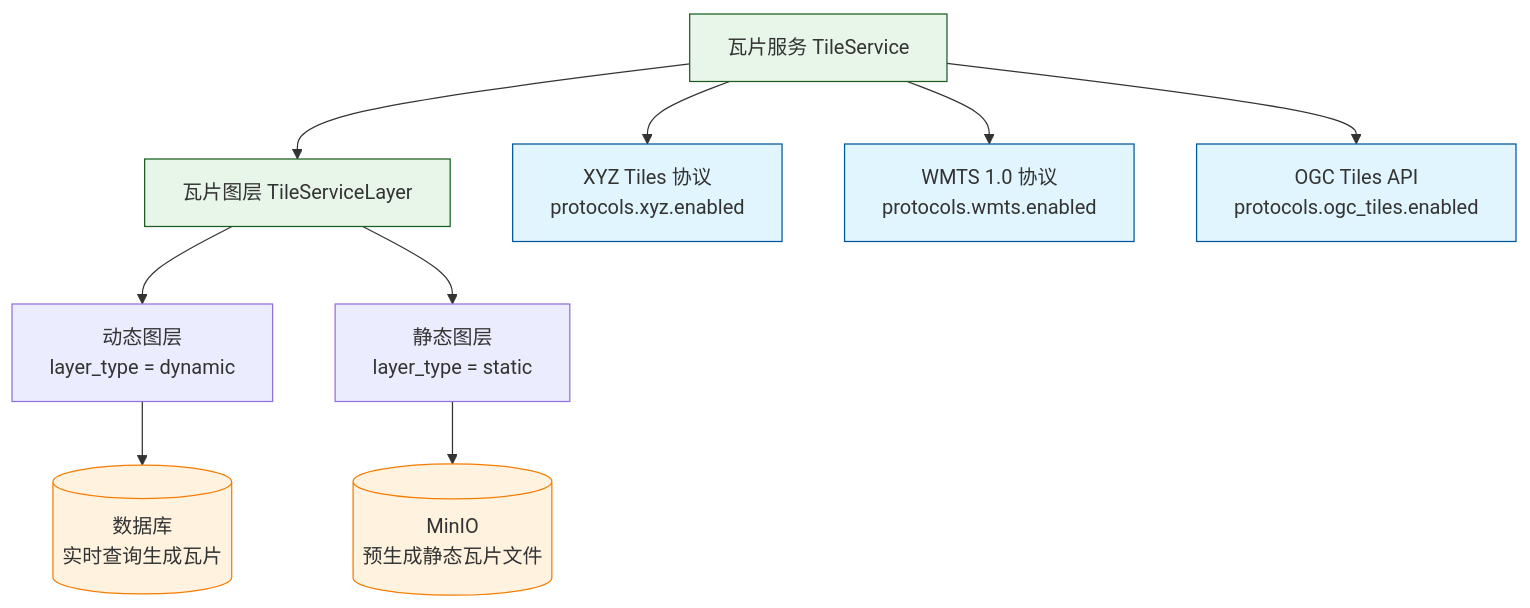
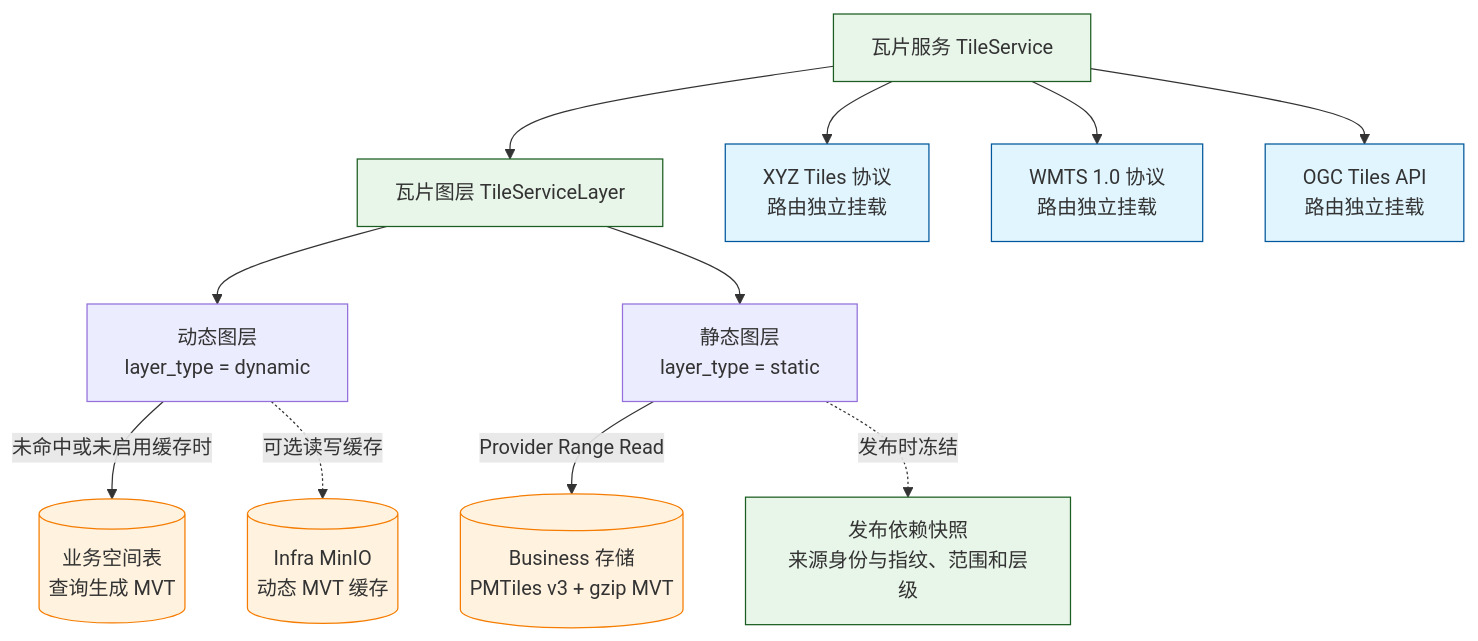
Before and after one commit to pampa0629/addp: the fourth of 4 diagrams in docs/concepts/addp数据服务体系图.md, drawn with Mermaid. The commit also changed other lines of this file and 137 other files, not shown here.

````diff
--- a/docs/concepts/addp数据服务体系图.md
+++ b/docs/concepts/addp数据服务体系图.md
@@ -263,22 +266,24 @@
 ```mermaid
 graph TB
     TS[瓦片服务 TileService]
     TS --> Layer[瓦片图层 TileServiceLayer]
 
     Layer --> Dynamic[动态图层<br/>layer_type = dynamic]
     Layer --> Static[静态图层<br/>layer_type = static]
 
-    Dynamic --> DB[(数据库<br/>实时查询生成瓦片)]
-    Static --> MinIO[(MinIO<br/>预生成静态瓦片文件)]
+    Dynamic -->|未命中或未启用缓存时| DB[(业务空间表<br/>查询生成 MVT)]
+    Dynamic -. 可选读写缓存 .-> Cache[(Infra MinIO<br/>动态 MVT 缓存)]
+    Static -->|Provider Range Read| PMTiles[(Business 存储<br/>PMTiles v3 + gzip MVT)]
+    Static -. 发布时冻结 .-> Snapshot[发布依赖快照<br/>来源身份与指纹、范围和层级]
 
-    TS --> XYZ[XYZ Tiles 协议<br/>protocols.xyz.enabled]
-    TS --> WMTS[WMTS 1.0 协议<br/>protocols.wmts.enabled]
-    TS --> OGCT[OGC Tiles API<br/>protocols.ogc_tiles.enabled]
+    TS --> XYZ[XYZ Tiles 协议<br/>路由独立挂载]
+    TS --> WMTS[WMTS 1.0 协议<br/>路由独立挂载]
+    TS --> OGCT[OGC Tiles API<br/>路由独立挂载]
 
     classDef service fill:#e8f5e9,stroke:#1b5e20
     classDef protocol fill:#e1f5ff,stroke:#01579b
     classDef storage fill:#fff3e0,stroke:#f57c00
-    class TS,Layer service
+    class TS,Layer,Snapshot service
     class XYZ,WMTS,OGCT protocol
-    class DB,MinIO storage
+    class DB,Cache,PMTiles storage
 ```
````
